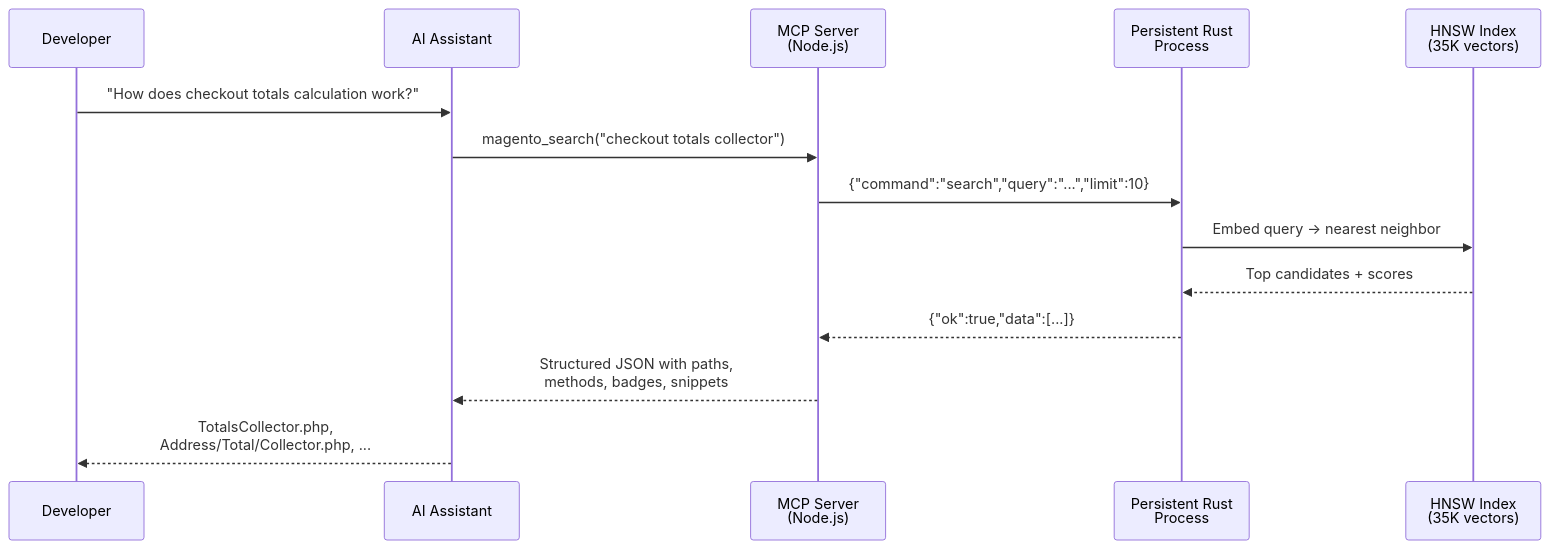
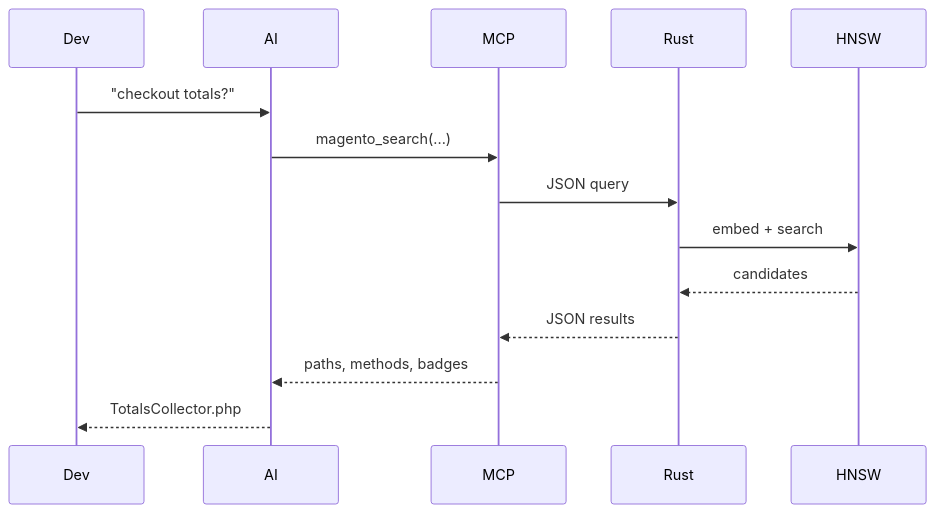
One commit to krejcif/magector changed the eighth of 10 diagrams in README.md. Above: the diagram before and after it, drawn with Mermaid. The commit also changed other lines of this file and 1 other file, not shown here.

First line of the commit message:
Optimize Mermaid diagrams for GitHub viewer and fix parse errors

````diff
--- a/README.md
+++ b/README.md
@@ -600,17 +595,17 @@
 ```mermaid
 sequenceDiagram
-  participant Dev as Developer
-  participant AI as AI Assistant
-  participant MCP as MCP Server<br/>(Node.js)
-  participant Rust as Persistent Rust<br/>Process
-  participant HNSW as HNSW Index<br/>(35K vectors)
+  participant Dev
+  participant AI
+  participant MCP
+  participant Rust
+  participant HNSW
 
-  Dev->>AI: "How does checkout totals calculation work?"
-  AI->>MCP: magento_search("checkout totals collector")
-  MCP->>Rust: {"command":"search","query":"...","limit":10}
-  Rust->>HNSW: Embed query → nearest neighbor
-  HNSW-->>Rust: Top candidates + scores
-  Rust-->>MCP: {"ok":true,"data":[...]}
-  MCP-->>AI: Structured JSON with paths,<br/>methods, badges, snippets
-  AI-->>Dev: TotalsCollector.php,<br/>Address/Total/Collector.php, ...
+  Dev->>AI: "checkout totals?"
+  AI->>MCP: magento_search(...)
+  MCP->>Rust: JSON query
+  Rust->>HNSW: embed + search
+  HNSW-->>Rust: candidates
+  Rust-->>MCP: JSON results
+  MCP-->>AI: paths, methods, badges
+  AI-->>Dev: TotalsCollector.php
 ```
````
